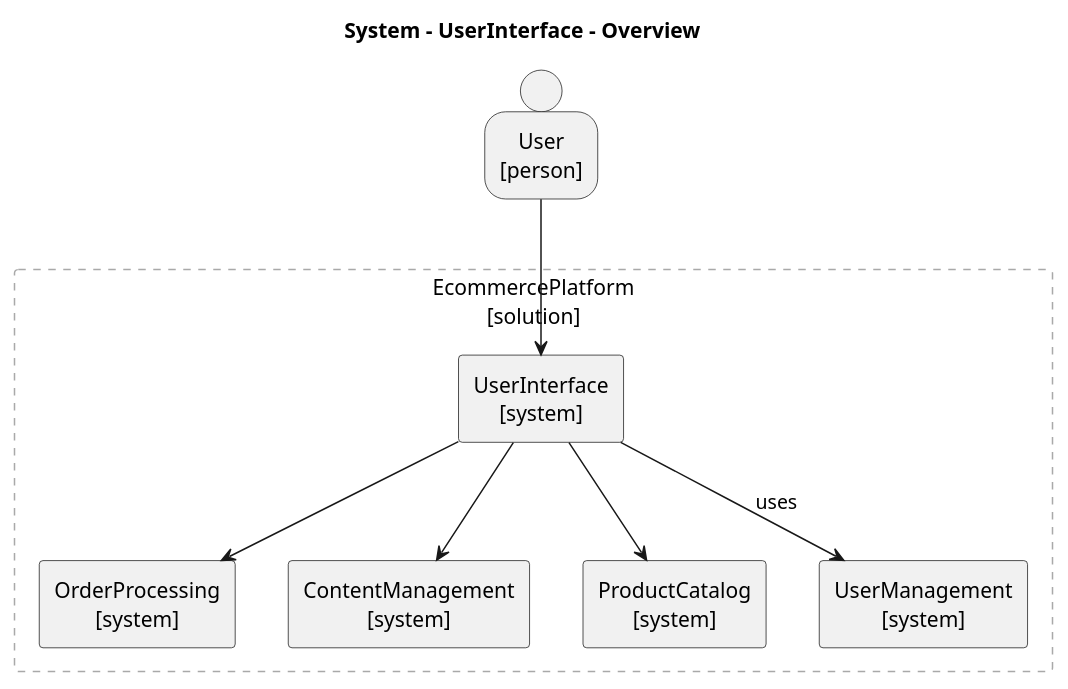
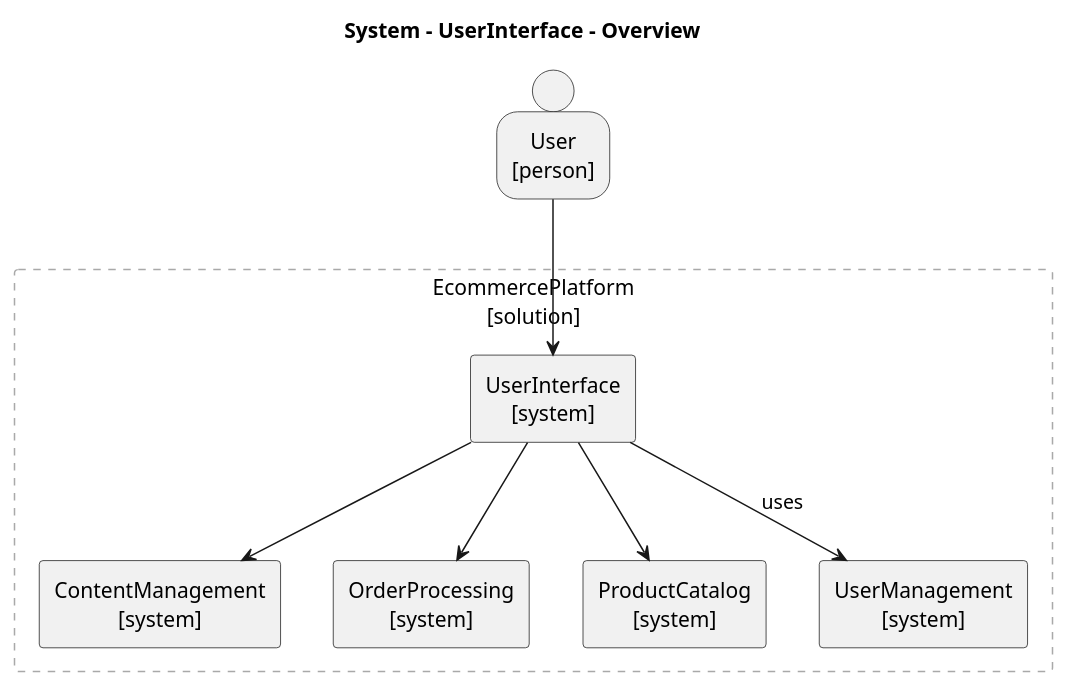
The diagram in src/doc/examples/design_example_step_3/views/plantuml/application/EcommercePlatform.UserInterface_overview.puml (tmorin/archicode), drawn with PlantUML before and after one commit. The commit also changed other lines of this file and 37 other files, not shown here.

```diff
--- a/src/doc/examples/design_example_step_3/views/plantuml/application/EcommercePlatform.UserInterface_overview.puml
+++ b/src/doc/examples/design_example_step_3/views/plantuml/application/EcommercePlatform.UserInterface_overview.puml
@@ -1,47 +1,47 @@
 @startuml EcommercePlatform.UserInterface_overview
 title System - UserInterface - Overview
 skinparam defaultTextAlignment center
 skinparam defaultTextAlignment<<atomic>> center
 skinparam wrapWidth 200
 skinparam maxMessageSize 150
 hide stereotype
 <style>
 .composite {
 BackgroundColor: transparent
 LineColor: darkgray
 LineStyle: 5
 FontStyle: normal
 }
 </style>
-person User <<atomic>> <<person>> [
-User
-[person]
+rectangle EcommercePlatform as "EcommercePlatform\n[solution]" <<composite>> {
+rectangle EcommercePlatform.ContentManagement <<system>> <<atomic>> [
+ContentManagement
+[system]
 ]
-rectangle EcommercePlatform as "EcommercePlatform\n[solution]" <<composite>> {
 rectangle EcommercePlatform.OrderProcessing <<system>> <<atomic>> [
 OrderProcessing
-[system]
-]
-rectangle EcommercePlatform.ContentManagement <<system>> <<atomic>> [
-ContentManagement
 [system]
 ]
 rectangle EcommercePlatform.ProductCatalog <<system>> <<atomic>> [
 ProductCatalog
 [system]
 ]
+rectangle EcommercePlatform.UserInterface <<system>> <<atomic>> [
+UserInterface
+[system]
+]
 rectangle EcommercePlatform.UserManagement <<system>> <<atomic>> [
 UserManagement
 [system]
 ]
-rectangle EcommercePlatform.UserInterface <<system>> <<atomic>> [
-UserInterface
-[system]
+}
+person User <<atomic>> <<person>> [
+User
+[person]
 ]
-}
 EcommercePlatform.UserInterface --> EcommercePlatform.ContentManagement
 EcommercePlatform.UserInterface --> EcommercePlatform.OrderProcessing
+EcommercePlatform.UserInterface --> EcommercePlatform.ProductCatalog
 EcommercePlatform.UserInterface --> EcommercePlatform.UserManagement : uses
 User --> EcommercePlatform.UserInterface
-EcommercePlatform.UserInterface --> EcommercePlatform.ProductCatalog
 @enduml
```
